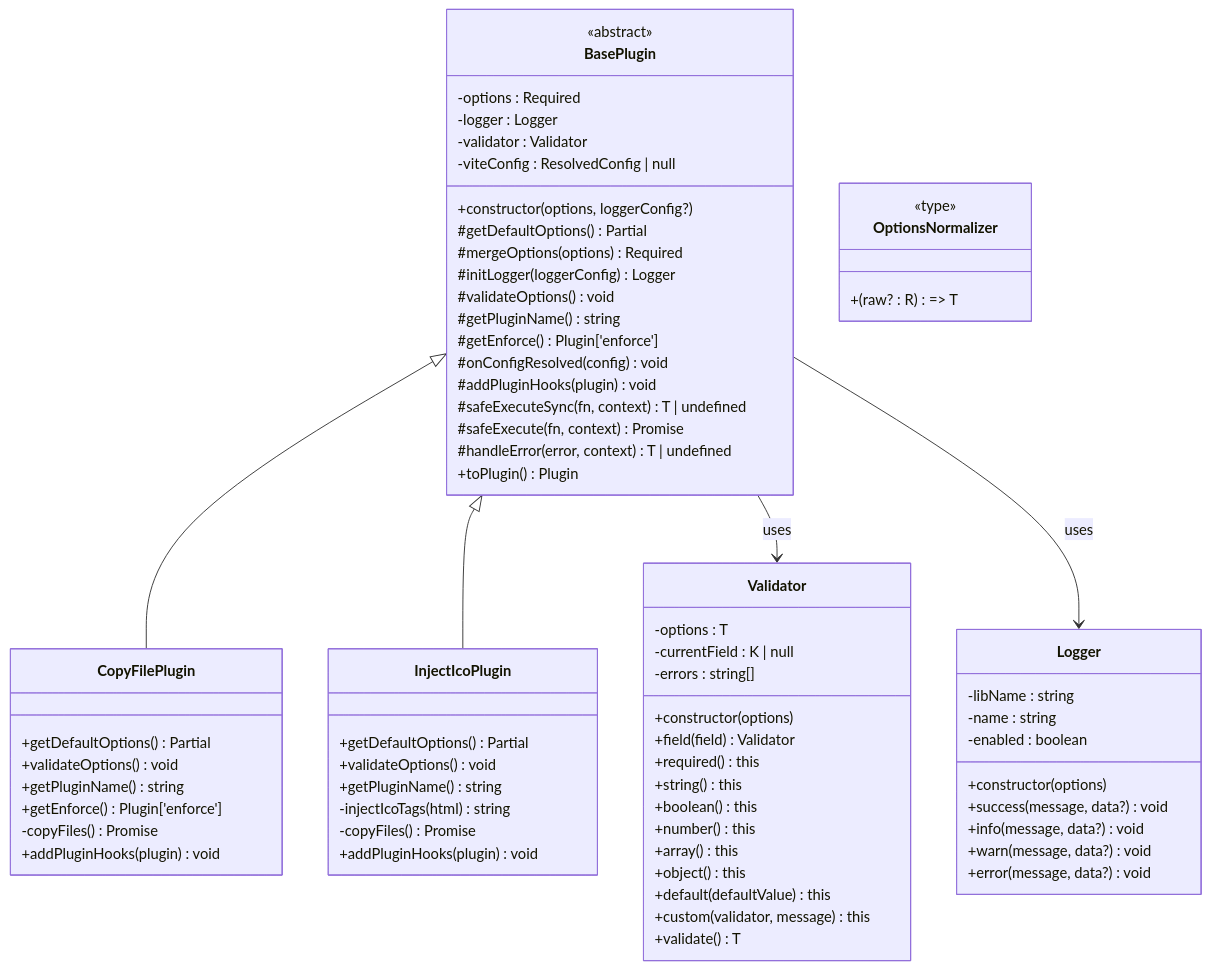
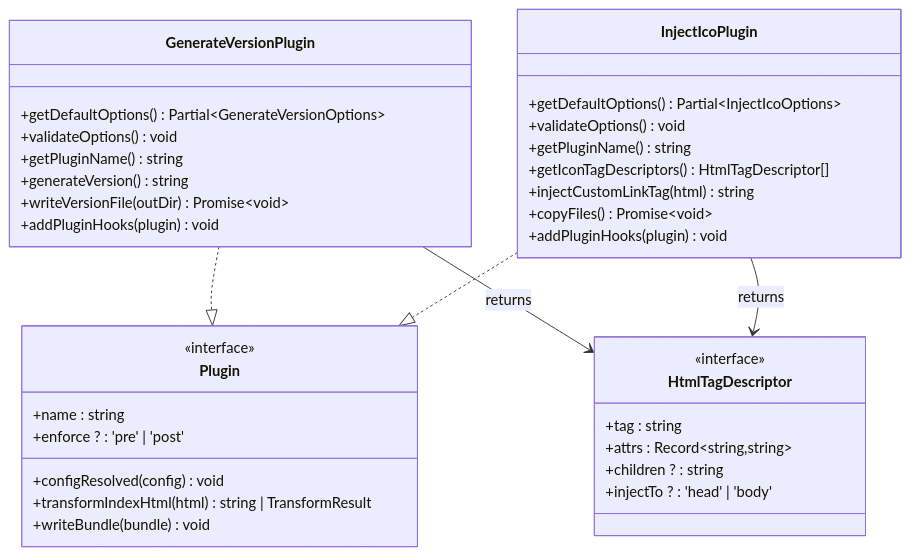
One commit to MengXi-Studio/vite-plugin changed the third of 6 diagrams in .qoder/repowiki/zh/content/插件开发/插件工厂系统.md. Above: the diagram before and after it, drawn with Mermaid. The commit also changed other lines of this file and 8 other files, not shown here.

````diff
--- a/.qoder/repowiki/zh/content/插件开发/插件工厂系统.md
+++ b/.qoder/repowiki/zh/content/插件开发/插件工厂系统.md
@@ -147,73 +212,39 @@
 ```mermaid
 classDiagram
-class BasePlugin {
-<<abstract>>
--options : Required<T>
--logger : Logger
--validator : Validator<T>
--viteConfig : ResolvedConfig | null
-+constructor(options, loggerConfig?)
-#getDefaultOptions() Partial<T>
-#mergeOptions(options) Required<T>
-#initLogger(loggerConfig) Logger
-#validateOptions() void
-#getPluginName() string
-#getEnforce() Plugin['enforce']
-#onConfigResolved(config) void
-#addPluginHooks(plugin) void
-#safeExecuteSync(fn, context) T | undefined
-#safeExecute(fn, context) Promise<T | undefined>
-#handleError(error, context) T | undefined
-+toPlugin() Plugin
-}
-class CopyFilePlugin {
-+getDefaultOptions() Partial<CopyFileOptions>
+class GenerateVersionPlugin {
++getDefaultOptions() Partial~GenerateVersionOptions~
 +validateOptions() void
 +getPluginName() string
-+getEnforce() Plugin['enforce']
--copyFiles() Promise<void>
++generateVersion() string
++writeVersionFile(outDir) Promise~void~
 +addPluginHooks(plugin) void
 }
 class InjectIcoPlugin {
-+getDefaultOptions() Partial<InjectIcoOptions>
++getDefaultOptions() Partial~InjectIcoOptions~
 +validateOptions() void
 +getPluginName() string
--injectIcoTags(html) string
--copyFiles() Promise<void>
++getIconTagDescriptors() HtmlTagDescriptor[]
++injectCustomLinkTag(html) string
++copyFiles() Promise~void~
 +addPluginHooks(plugin) void
 }
-class OptionsNormalizer {
-<<type>>
-+(raw? : R) => T
+class HtmlTagDescriptor {
+<<interface>>
++tag : string
++attrs : Record~string,string~
++children ? : string
++injectTo ? : 'head' | 'body'
 }
-class Validator {
--options : T
--currentField : K | null
--errors : string[]
-+constructor(options)
-+field(field) Validator
-+required() this
-+string() this
-+boolean() this
-+number() this
-+array() this
-+object() this
-+default(defaultValue) this
-+custom(validator, message) this
-+validate() T
+class Plugin {
+<<interface>>
++name : string
++enforce ? : 'pre' | 'post'
++configResolved(config) void
++transformIndexHtml(html) string | TransformResult
++writeBundle(bundle) void
 }
-class Logger {
--libName : string
--name : string
--enabled : boolean
-+constructor(options)
-+success(message, data?) void
-+info(message, data?) void
-+warn(message, data?) void
-+error(message, data?) void
-}
-BasePlugin <|-- CopyFilePlugin
-BasePlugin <|-- InjectIcoPlugin
-BasePlugin --> Validator : uses
-BasePlugin --> Logger : uses
+GenerateVersionPlugin ..|> Plugin
+InjectIcoPlugin ..|> Plugin
+GenerateVersionPlugin --> HtmlTagDescriptor : returns
+InjectIcoPlugin --> HtmlTagDescriptor : returns
 ```
````
